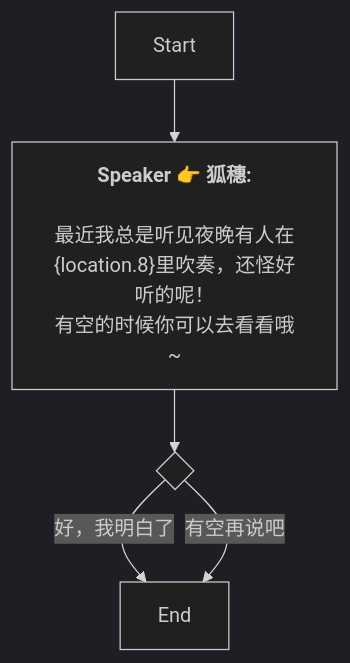
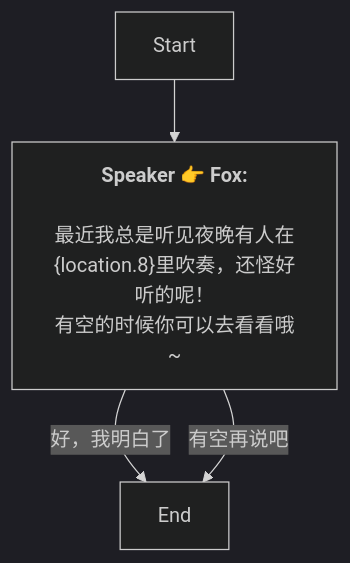
The diagram in Zh/QuestStartTalkENode_1752682175385345.md (SoftHu/tos_avg), drawn with Mermaid (dark theme) before and after one commit. The commit also changed 737 other files, not shown here.

````diff
--- a/Zh/QuestStartTalkENode_1752682175385345.md
+++ b/Zh/QuestStartTalkENode_1752682175385345.md
@@ -1,11 +1,9 @@
 ```mermaid
 graph
-Start -->1752682875416325[<b>Speaker 👉 狐穗:</b>
+Start -->1752682875416325[<b>Speaker 👉 Fox:</b>
+\n最近我总是听见夜晚有人在&lbrace;location.8&rbrace;里吹奏，还怪好听的呢！
+有空的时候你可以去看看哦~]
+1752682875416325 -->|好，我明白了|1752683556918027[End]
+1752682875416325 -->|有空再说吧|1752683556918027[End]
 
-最近我总是听见夜晚有人在&lbrace;location.8&rbrace;里吹奏，还怪好听的呢！
-有空的时候你可以去看看哦~]
-1752682875416325 -->1752683452349190{ }
-1752683452349190 -->|好，我明白了|1752683556918027[End]
-1752683452349190 -->|有空再说吧|1752683556918027[End]
-
- ```
+```
````
